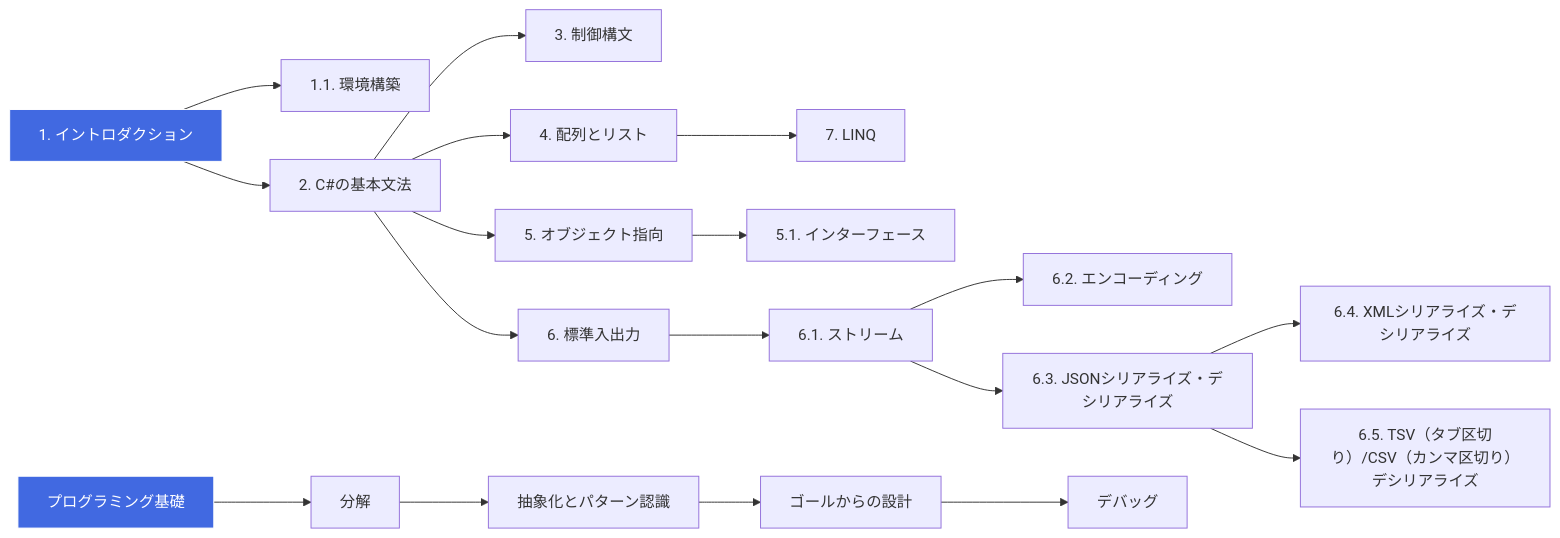
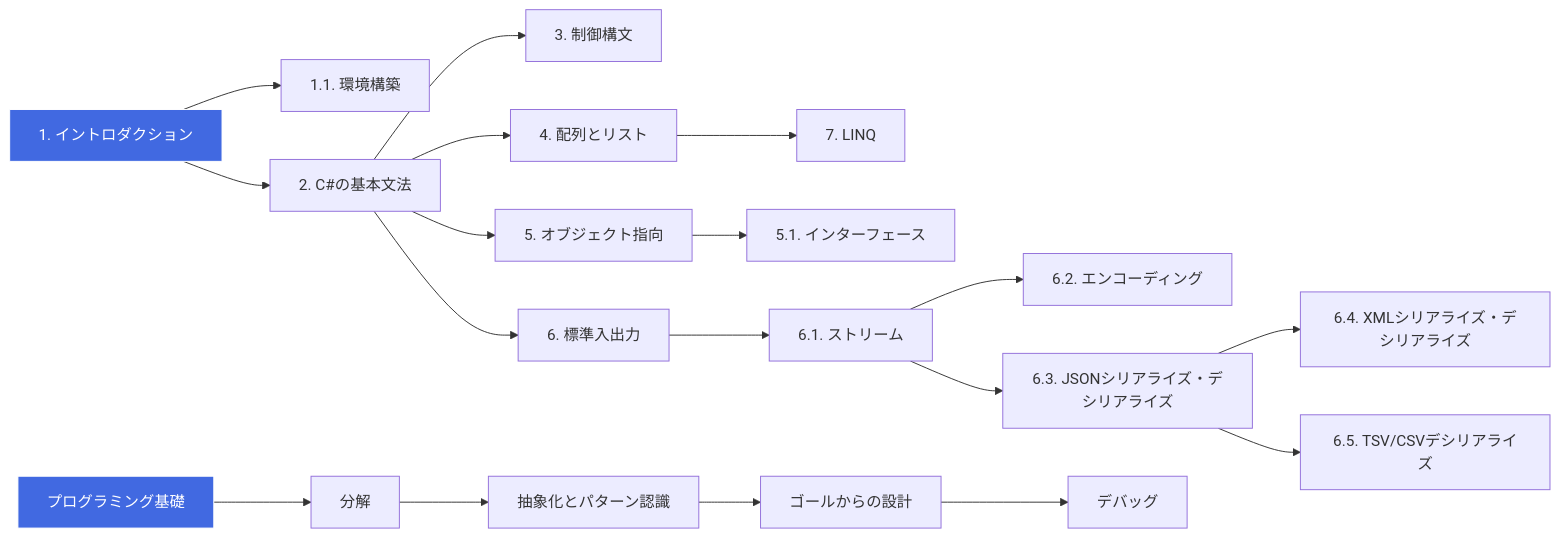
One commit to h0r1-m/csharp_zoro_to_hero changed the diagram in README.md. Above: the diagram before and after it, drawn with Mermaid. The commit also changed other lines of this file, not shown here.

Commit message:
README.md 修正

````diff
--- a/README.md
+++ b/README.md
@@ -16,22 +16,22 @@
 ```mermaid
 flowchart LR
   S1[1. イントロダクション] --> S11[1.1. 環境構築]
   S1 --> S2[2. C#の基本文法]
   S2 --> S3[3. 制御構文]
   S2 --> S4[4. 配列とリスト]
   S4 --> S7[7. LINQ]
   S2 --> S5[5. オブジェクト指向]
   S5 --> S51[5.1. インターフェース]
   S2 --> S6[6. 標準入出力]
   S6 --> S61[6.1. ストリーム]
   S61 --> S62[6.2. エンコーディング]
   S61 --> S63[6.3. JSONシリアライズ・デシリアライズ]
   S63 --> S64[6.4. XMLシリアライズ・デシリアライズ]
-  S63 --> S65[6.5. TSV（タブ区切り）/CSV（カンマ区切り）デシリアライズ]
+  S63 --> S65[6.5. TSV/CSVデシリアライズ]
   P0[プログラミング基礎] --> P1[分解]
   P1 --> P2[抽象化とパターン認識]
   P2 --> P3[ゴールからの設計]
   P3 --> P4[デバッグ]
   style S1 fill:#4169e1,stroke:#fff,color:#fff
   style P0 fill:#4169e1,stroke:#fff,color:#fff
 ```
````
